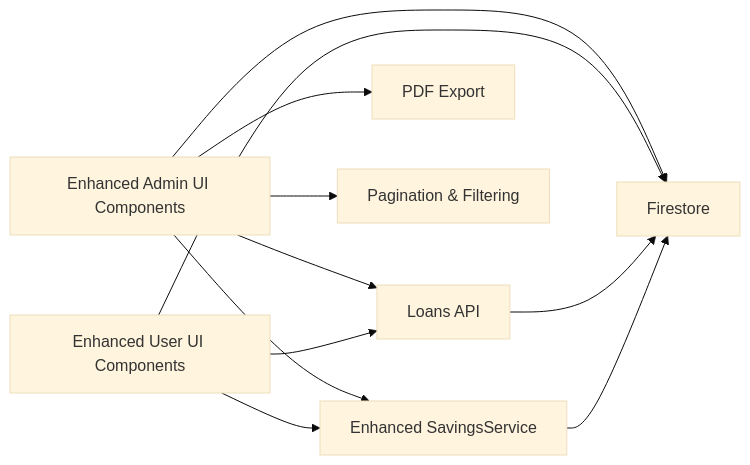
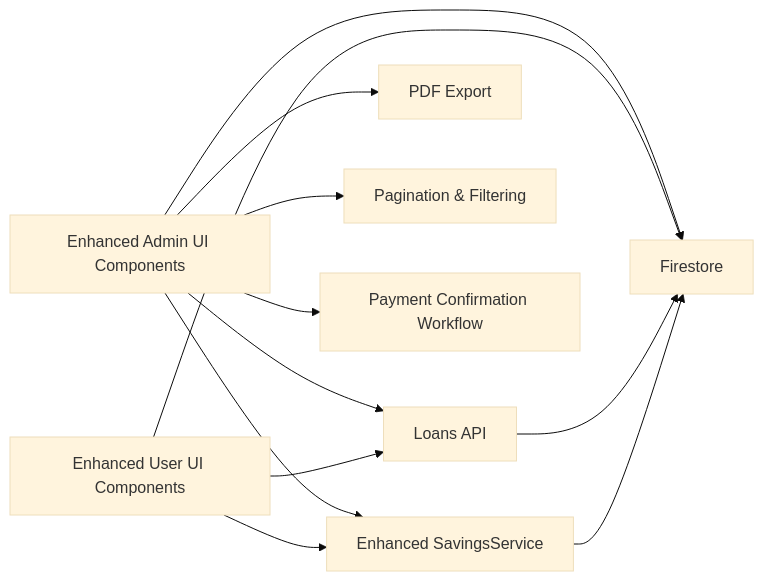
Before and after one commit to Unsure-bry/sampacoop_system: the eighth of 8 diagrams in .qoder/repowiki/en/content/Loan Management System/Loan Repayment System.md, drawn with Mermaid (base theme). The commit also changed other lines of this file and 4 other files, not shown here.

````diff
--- a/.qoder/repowiki/en/content/Loan Management System/Loan Repayment System.md
+++ b/.qoder/repowiki/en/content/Loan Management System/Loan Repayment System.md
@@ -341,13 +356,14 @@
 ```mermaid
 graph LR
 UI_Admin["Enhanced Admin UI Components"] --> API["Loans API"]
 UI_User["Enhanced User UI Components"] --> API
 UI_Admin --> FS["Firestore"]
 UI_User --> FS
 API --> FS
 UI_Admin --> Savings["Enhanced SavingsService"]
 UI_User --> Savings
 Savings --> FS
 UI_Admin --> PDF["PDF Export"]
 UI_Admin --> Pagination["Pagination & Filtering"]
+UI_Admin --> PaymentWorkflow["Payment Confirmation Workflow"]
 ```
````
